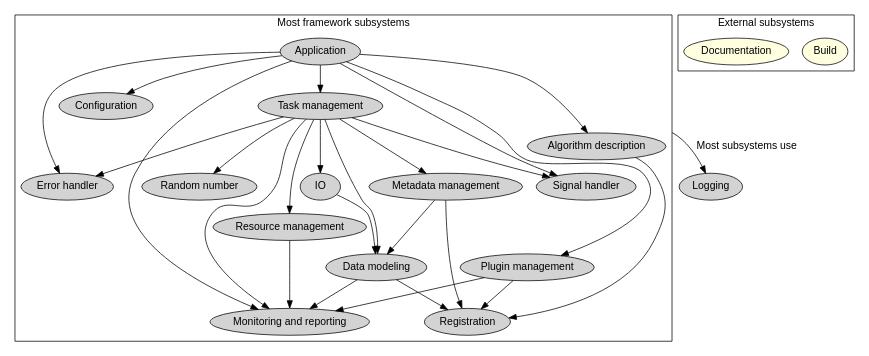
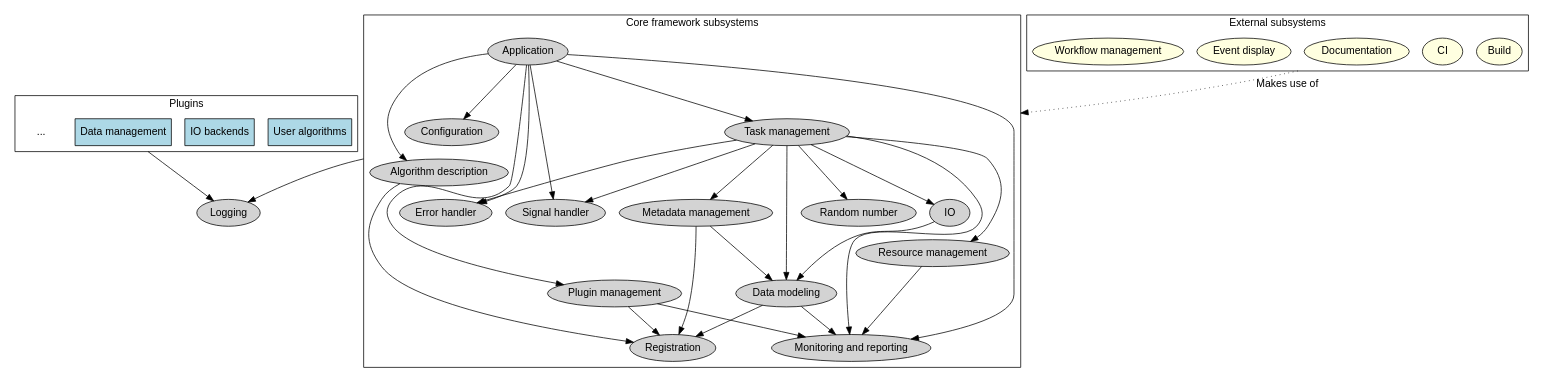
The diagram in subsystems.gv (Framework-R-D/phlex-design), drawn with Graphviz before and after one commit.

Commit message:
Additional external subsystems and plugins

```diff
--- a/subsystems.gv
+++ b/subsystems.gv
@@ -1,69 +1,89 @@
 digraph finite_state_machine {
   fontname="Helvetica,Arial,sans-serif"
   compound=true
   node [fontname="Helvetica,Arial,sans-serif", style=filled, fillcolor=lightgray];
 
   logging [label="Logging"];
 
   subgraph cluster_external {
     label="External subsystems";
     node [fillcolor=lightyellow];
     Build;
+    CI;
     Documentation;
+    event_display [label="Event display"];
+    workflow [label="Workflow management"];
   }
 
-  subgraph cluster_most_subsystems {
-    label = "Most framework subsystems";
+  subgraph cluster_plugins {
+    label="Plugins";
+    rankdir=TB;
+    node [shape=box,fillcolor=lightblue];
+    Algo [label="User algorithms"]
+    ROOT [label="IO backends"]
+    RUCIO [label="Data management"]
+    ellipsis [label="...", fillcolor=white, peripheries=0];
+  }
+
+  subgraph cluster_core_subsystems {
+    label = "Core framework subsystems";
 
     algo_description [label="Algorithm description"];
     application [label="Application"];
     configuration [label="Configuration"];
     data_modeling [label="Data modeling"];
     error_handler [label="Error handler"];
     io [label="IO"];
     metadata_management [label="Metadata management"];
     monitoring [label="Monitoring and reporting"];
     plugin_management [label="Plugin management"];
     registration [label="Registration"];
     random_number [ label="Random number"];
     resource_management [label="Resource management"];
     signal_handler [label="Signal handler"];
     task_management [label="Task management"];
 
     algo_description -> registration;
 
     application -> algo_description;
     application -> configuration;
     application -> error_handler;
     application -> monitoring;
     application -> plugin_management;
     application -> signal_handler;
     application -> task_management;
 
     data_modeling -> monitoring;
     data_modeling -> registration;
 
     io -> data_modeling;
 
     metadata_management -> data_modeling;
     metadata_management -> registration;
 
     plugin_management -> monitoring;
     plugin_management -> registration;
 
     resource_management -> monitoring;
 
     task_management -> data_modeling;
     task_management -> error_handler;
     task_management -> io;
     task_management -> metadata_management;
     task_management -> monitoring;
     task_management -> random_number;
     task_management -> resource_management;
     task_management -> signal_handler;
   }
 
-  task_management -> logging [ltail=cluster_most_subsystems,
-                              fontname="Helvetica,Arial,sans-serif",
-                              label="Most subsystems use"];
+  task_management -> logging [ltail=cluster_core_subsystems,
+                              fontname="Helvetica,Arial,sans-serif"];
+  RUCIO -> logging [ltail=cluster_plugins,
+                              fontname="Helvetica,Arial,sans-serif"];
+  Documentation -> task_management [ltail=cluster_external,
+                                    lhead=cluster_core_subsystems,
+                                    fontname="Helvetica,Arial,sans-serif",
+                                    label="Makes use of",
+                                    style=dotted]
+
 }
```
